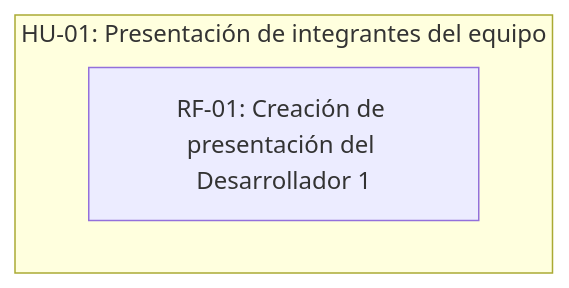
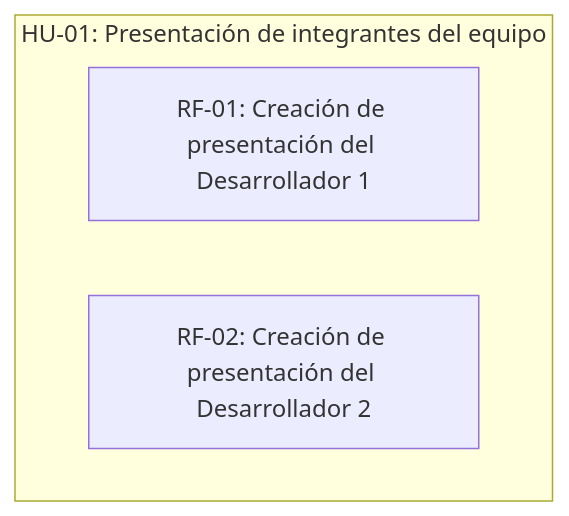
Before and after one commit to fiemcasals/pruebaBlanco: the diagram in scrumDocs/grafo.md, drawn with Mermaid. The commit also changed other lines of this file, not shown here.

````diff
--- a/scrumDocs/grafo.md
+++ b/scrumDocs/grafo.md
@@ -5,6 +5,7 @@
 ```mermaid
 graph TD
   subgraph US_1787232428829["HU-01: Presentación de integrantes del equipo"]
     REQ_1787233575852["RF-01: Creación de presentación del Desarrollador 1"]
+    REQ_1787233583344["RF-02: Creación de presentación del Desarrollador 2"]
   end
 ```
````
